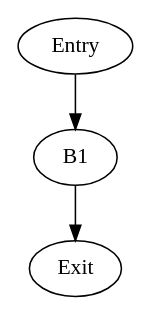
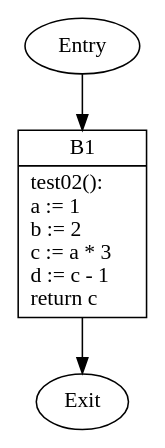
Before and after one commit to aprell/compiler-potpourri: the diagram in control_flow/analysis/examples/test02_cfg.dot, drawn with Graphviz. The commit also changed 21 other files, not shown here.

```diff
--- a/control_flow/analysis/examples/test02_cfg.dot
+++ b/control_flow/analysis/examples/test02_cfg.dot
@@ -1,4 +1,5 @@
 digraph CFG {
+    B1 [shape=record label="{B1|test02():\la := 1\lb := 2\lc := a * 3\ld := c - 1\lreturn c\l}"];
     Entry -> B1;
     B1 -> Exit;
 }
```
